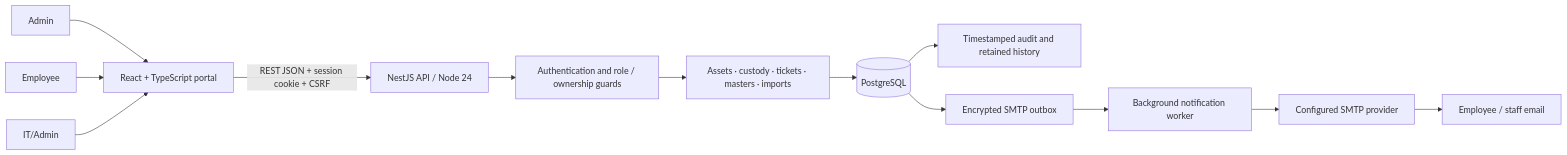
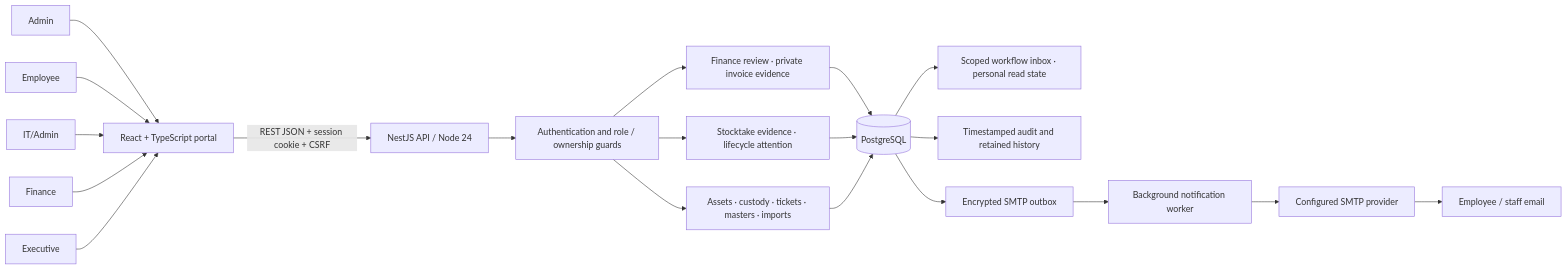
One commit to dassoumodipai/IAC-Asset-Management-System-main changed the first of 4 diagrams in docs/SYSTEM_DESIGN_AND_USER_GUIDE.md. Above: the diagram before and after it, drawn with Mermaid. The commit also changed other lines of this file and 1 other file, not shown here.

Commit message:
docs: reconcile role workflows and production evidence for handoff

````diff
--- a/docs/SYSTEM_DESIGN_AND_USER_GUIDE.md
+++ b/docs/SYSTEM_DESIGN_AND_USER_GUIDE.md
@@ -9,15 +9,22 @@
 ```mermaid
 flowchart LR
   A[Admin] --> UI[React + TypeScript portal]
   E[Employee] --> UI
   I[IT/Admin] --> UI
+  F[Finance] --> UI
+  X[Executive] --> UI
   UI -->|REST JSON + session cookie + CSRF| API[NestJS API / Node 24]
   API --> AUTH[Authentication and role / ownership guards]
   AUTH --> DOM[Assets · custody · tickets · masters · imports]
+  AUTH --> FIN[Finance review · private invoice evidence]
+  AUTH --> OPS[Stocktake evidence · lifecycle attention]
+  FIN --> DB
+  OPS --> DB
+  DB --> INBOX[Scoped workflow inbox · personal read state]
   DOM --> DB[(PostgreSQL)]
   DB --> AUD[Timestamped audit and retained history]
   DB --> OUT[Encrypted SMTP outbox]
   OUT --> W[Background notification worker]
   W --> SMTP[Configured SMTP provider]
   SMTP --> MAIL[Employee / staff email]
 ```
````
